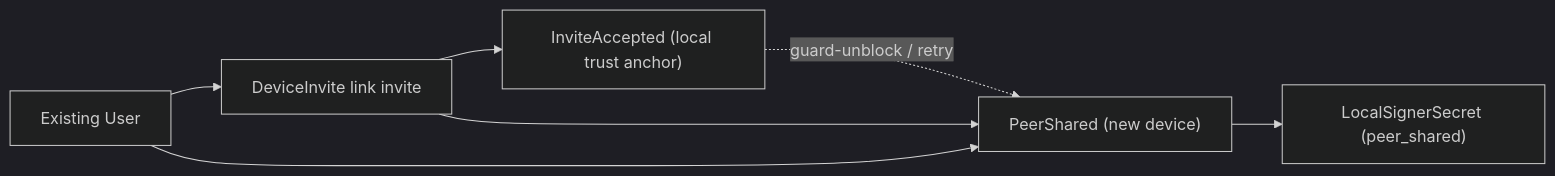
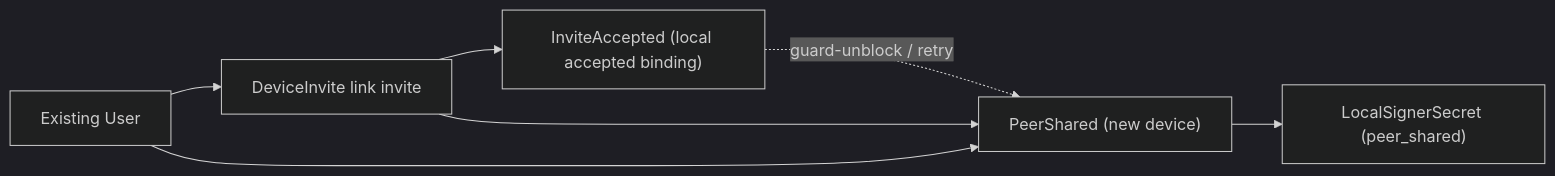
Before and after one commit to holmesworcester/topo: the eighth of 8 diagrams in docs/DESIGN_DIAGRAMS.md, drawn with Mermaid (dark theme). The commit also changed other lines of this file and 6 other files, not shown here.

Commit message:
Align docs with invites_accepted binding model

````diff
--- a/docs/DESIGN_DIAGRAMS.md
+++ b/docs/DESIGN_DIAGRAMS.md
@@ -349,9 +349,9 @@
 ```mermaid
 flowchart LR
     USER["Existing User"] --> DINV["DeviceInvite link invite"]
-    DINV --> IA["InviteAccepted (local trust anchor)"]
+    DINV --> IA["InviteAccepted (local accepted binding)"]
     DINV --> PSF["PeerShared (new device)"]
     USER --> PSF
     PSF --> LSP["LocalSignerSecret (peer_shared)"]
     IA -. guard-unblock / retry .-> PSF
 ```
````
